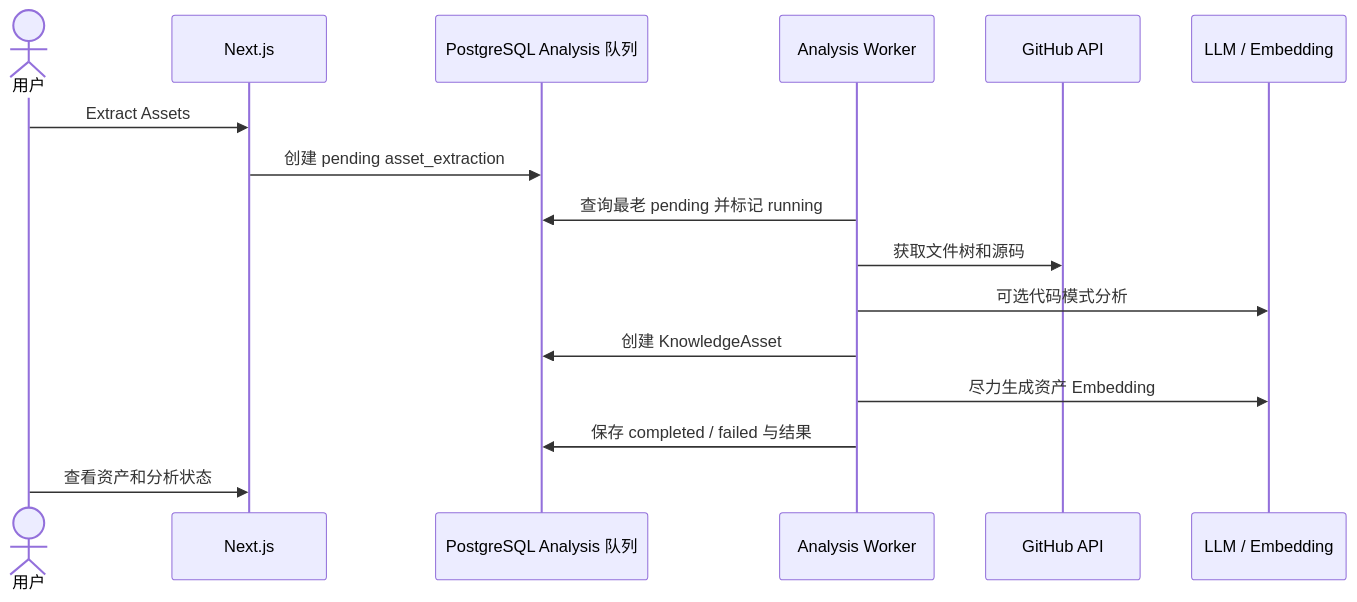
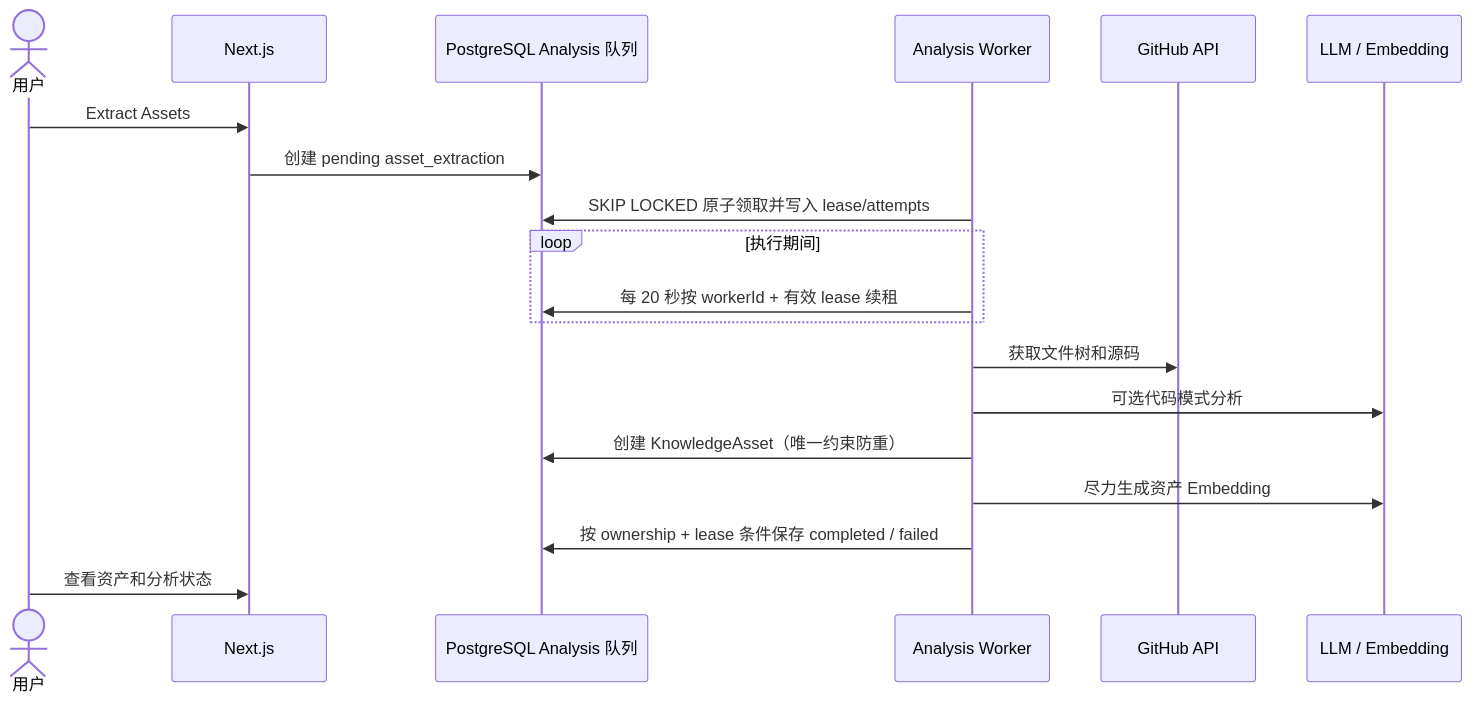
One commit to zhongli369/github-knowledge-hub changed the fourth of 4 diagrams in docs/PROJECT_MAINTENANCE_GUIDE.md. Above: the diagram before and after it, drawn with Mermaid. The commit also changed other lines of this file and 3 other files, not shown here.

````diff
--- a/docs/PROJECT_MAINTENANCE_GUIDE.md
+++ b/docs/PROJECT_MAINTENANCE_GUIDE.md
@@ -215,19 +243,22 @@
 ```mermaid
 sequenceDiagram
     actor User as 用户
     participant Web as Next.js
     participant DB as PostgreSQL Analysis 队列
     participant Worker as Analysis Worker
     participant GitHub as GitHub API
     participant LLM as LLM / Embedding
 
     User->>Web: Extract Assets
     Web->>DB: 创建 pending asset_extraction
-    Worker->>DB: 查询最老 pending 并标记 running
+    Worker->>DB: SKIP LOCKED 原子领取并写入 lease/attempts
+    loop 执行期间
+        Worker->>DB: 每 20 秒按 workerId + 有效 lease 续租
+    end
     Worker->>GitHub: 获取文件树和源码
     Worker->>LLM: 可选代码模式分析
-    Worker->>DB: 创建 KnowledgeAsset
+    Worker->>DB: 创建 KnowledgeAsset（唯一约束防重）
     Worker->>LLM: 尽力生成资产 Embedding
-    Worker->>DB: 保存 completed / failed 与结果
+    Worker->>DB: 按 ownership + lease 条件保存 completed / failed
     User->>Web: 查看资产和分析状态
 ```
````
